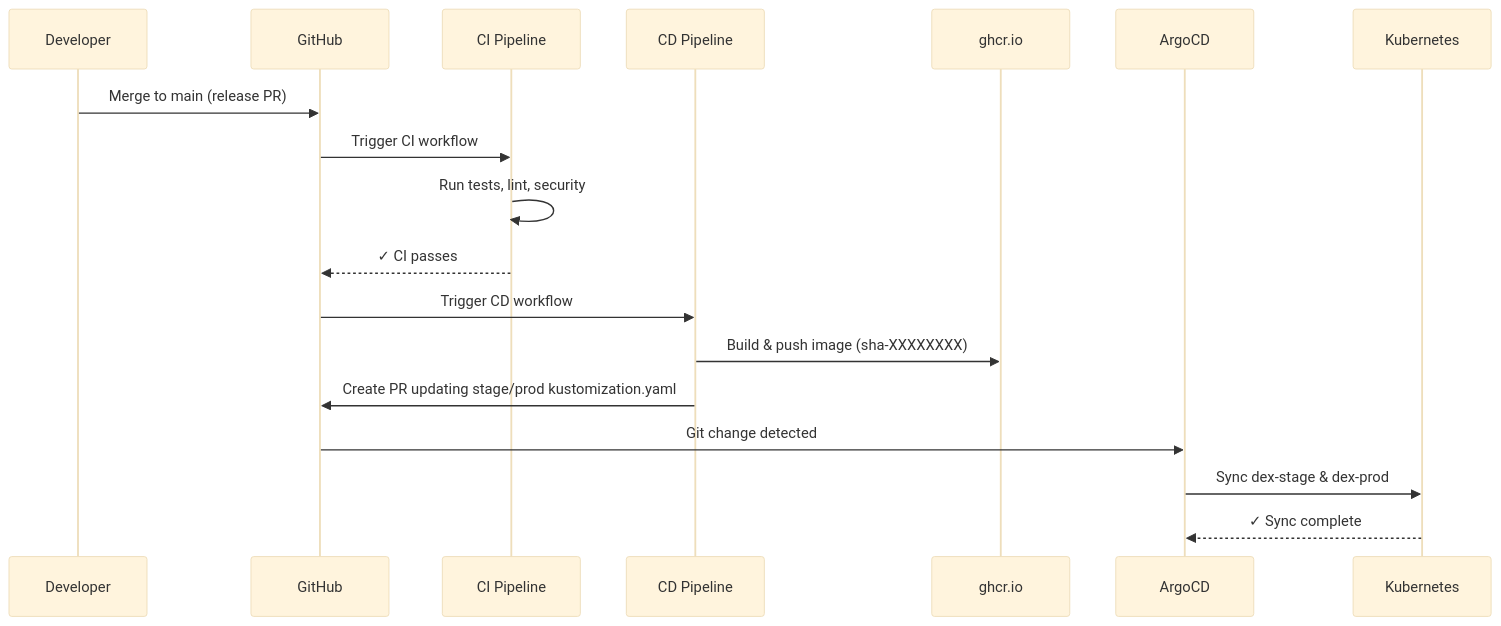
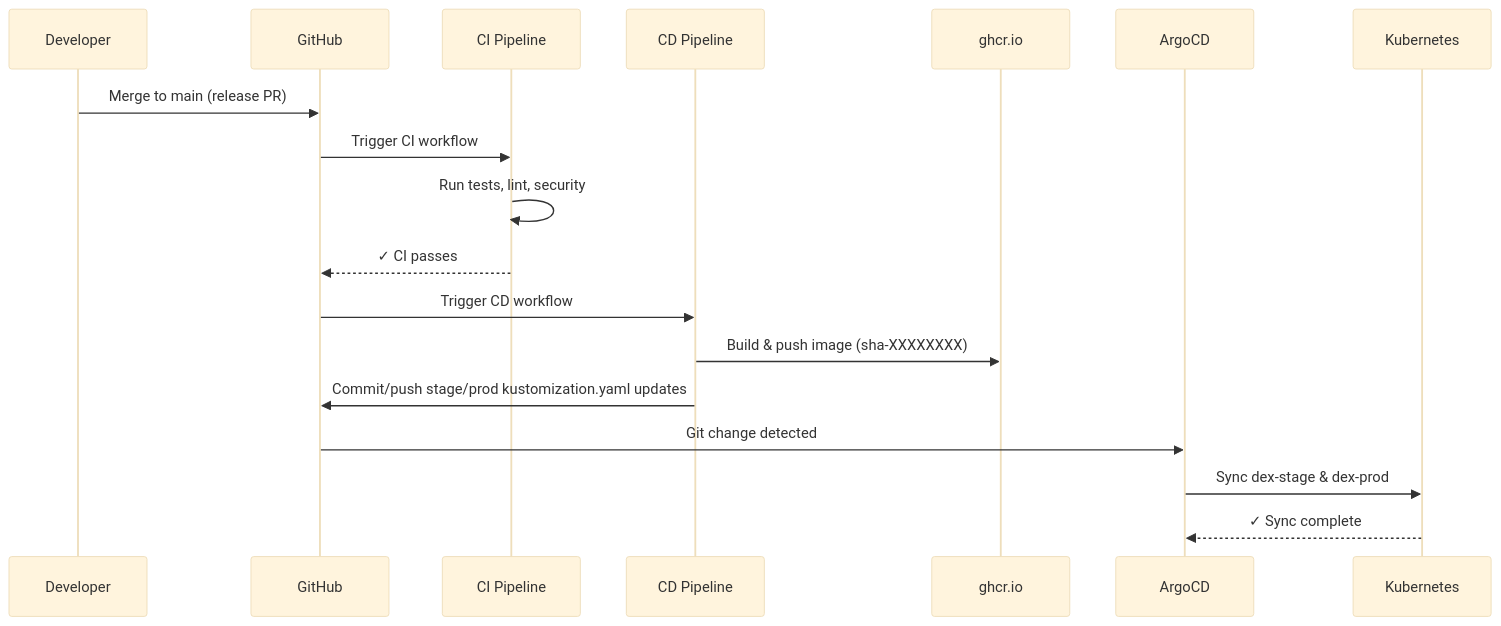
The third of 4 diagrams in docs/CI_CD.md (data-literate/DEX), drawn with Mermaid (base theme) before and after one commit. The commit also changed other lines of this file and 83 other files, not shown here.

````diff
--- a/docs/CI_CD.md
+++ b/docs/CI_CD.md
@@ -334,21 +330,21 @@
 ```mermaid
 sequenceDiagram
     participant Dev as Developer
     participant GH as GitHub
     participant CI as CI Pipeline
     participant CD as CD Pipeline
     participant GHCR as ghcr.io
     participant Argo as ArgoCD
     participant K8s as Kubernetes
 
     Dev->>GH: Merge to main (release PR)
     GH->>CI: Trigger CI workflow
     CI->>CI: Run tests, lint, security
     CI-->>GH: ✓ CI passes
     GH->>CD: Trigger CD workflow
     CD->>GHCR: Build & push image (sha-XXXXXXXX)
-    CD->>GH: Create PR updating stage/prod kustomization.yaml
+    CD->>GH: Commit/push stage/prod kustomization.yaml updates
     GH->>Argo: Git change detected
     Argo->>K8s: Sync dex-stage & dex-prod
     K8s-->>Argo: ✓ Sync complete
 ```
````
